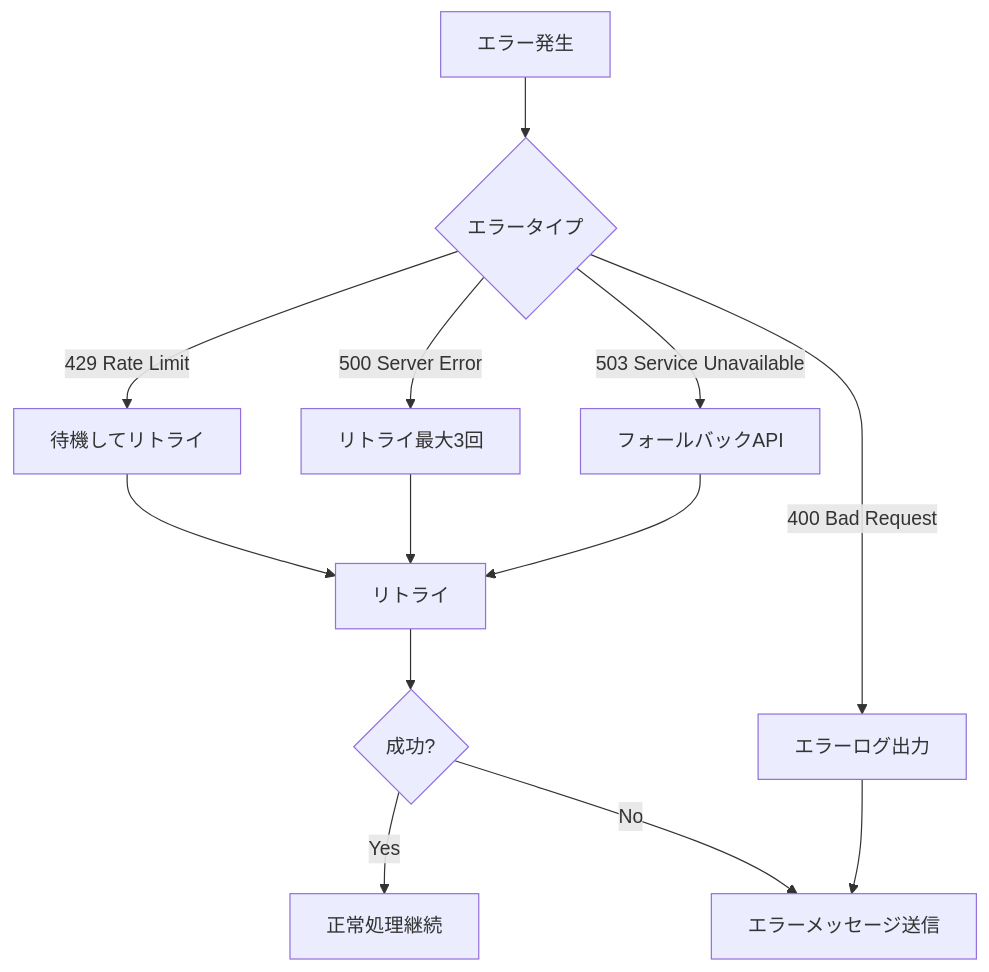
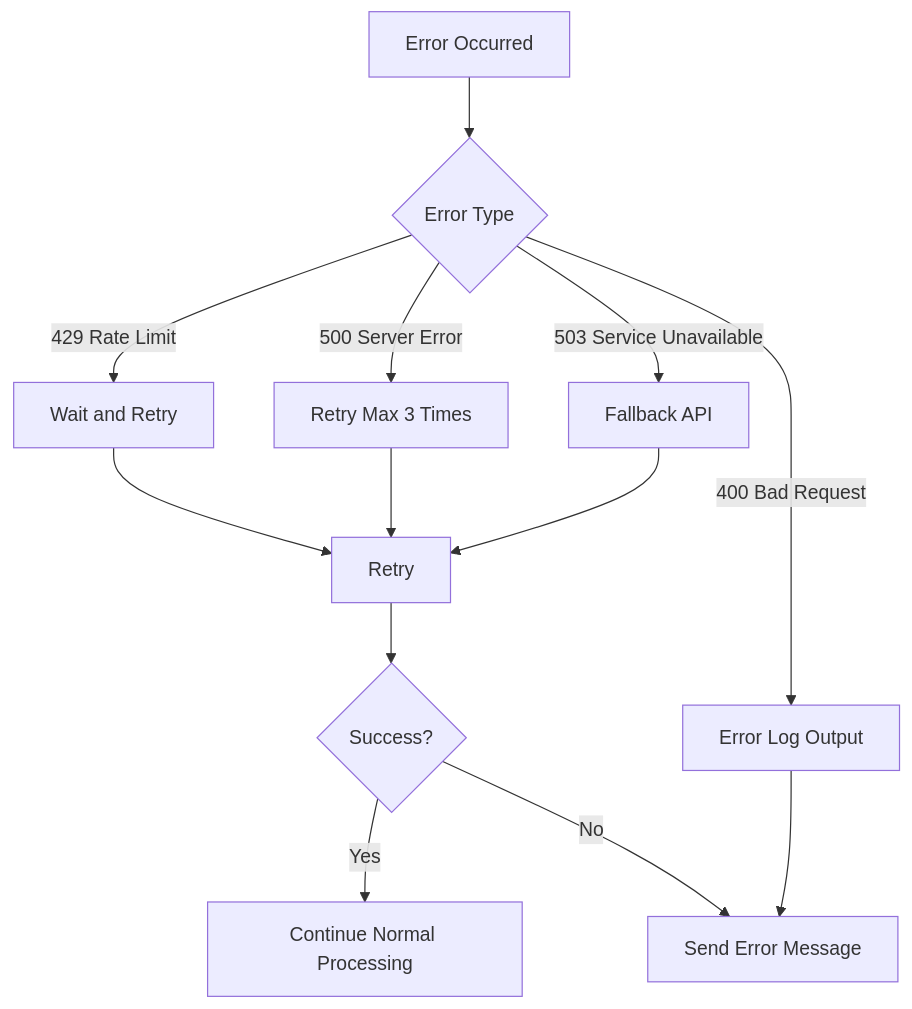
The third of 3 diagrams in docs/specifications/event-specification.md (fluxrozin/kotonoha-bot), drawn with Mermaid before and after one commit. The commit also changed other lines of this file and 42 other files, not shown here.

````diff
--- a/docs/specifications/event-specification.md
+++ b/docs/specifications/event-specification.md
@@ -295,15 +233,15 @@
 ```mermaid
 flowchart TD
-    A[エラー発生] --> B{エラータイプ}
-    B -->|429 Rate Limit| C[待機してリトライ]
-    B -->|400 Bad Request| D[エラーログ出力]
-    B -->|500 Server Error| E[リトライ最大3回]
-    B -->|503 Service Unavailable| F[フォールバックAPI]
-    C --> G[リトライ]
+    A[Error Occurred] --> B{Error Type}
+    B -->|429 Rate Limit| C[Wait and Retry]
+    B -->|400 Bad Request| D[Error Log Output]
+    B -->|500 Server Error| E[Retry Max 3 Times]
+    B -->|503 Service Unavailable| F[Fallback API]
+    C --> G[Retry]
     E --> G
     F --> G
-    G --> H{成功?}
-    H -->|Yes| I[正常処理継続]
-    H -->|No| J[エラーメッセージ送信]
+    G --> H{Success?}
+    H -->|Yes| I[Continue Normal Processing]
+    H -->|No| J[Send Error Message]
     D --> J
 ```
````
